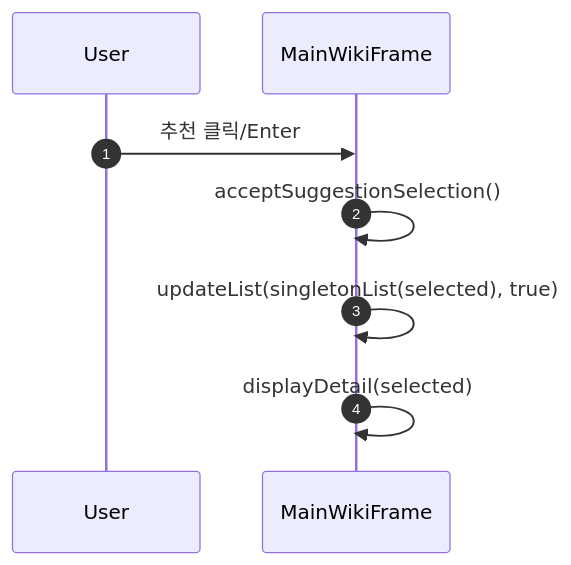
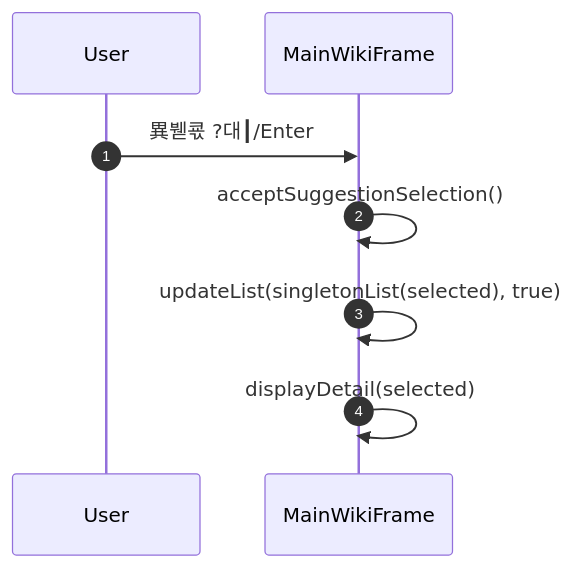
One commit to jegalhb/JAVA_WIKI_ONLINE changed the second of 22 diagrams in src/Reproject/README.md. Above: the diagram before and after it, drawn with Mermaid. The commit also changed other lines of this file, not shown here.

````diff
--- a/src/Reproject/README.md
+++ b/src/Reproject/README.md
@@ -104,11 +104,11 @@
 ```mermaid
 sequenceDiagram
     autonumber
     participant U as User
     participant MW as MainWikiFrame
 
-    U->>MW: 추천 클릭/Enter
+    U->>MW: 異붿쿇 ?대┃/Enter
     MW->>MW: acceptSuggestionSelection()
     MW->>MW: updateList(singletonList(selected), true)
     MW->>MW: displayDetail(selected)
 ```
````
